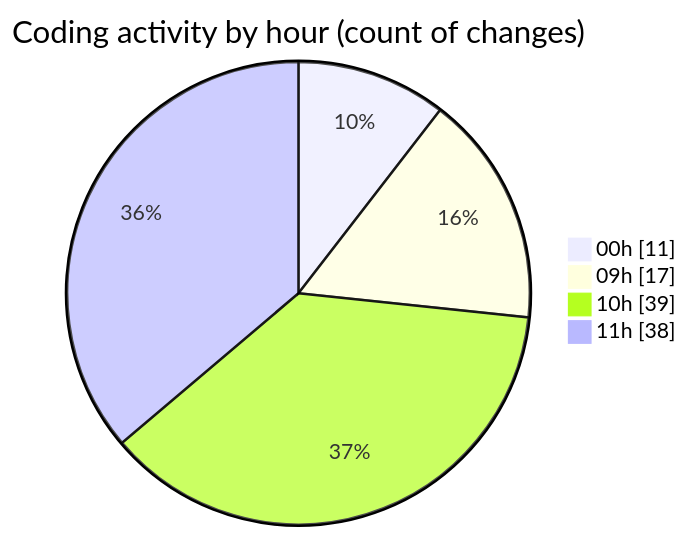
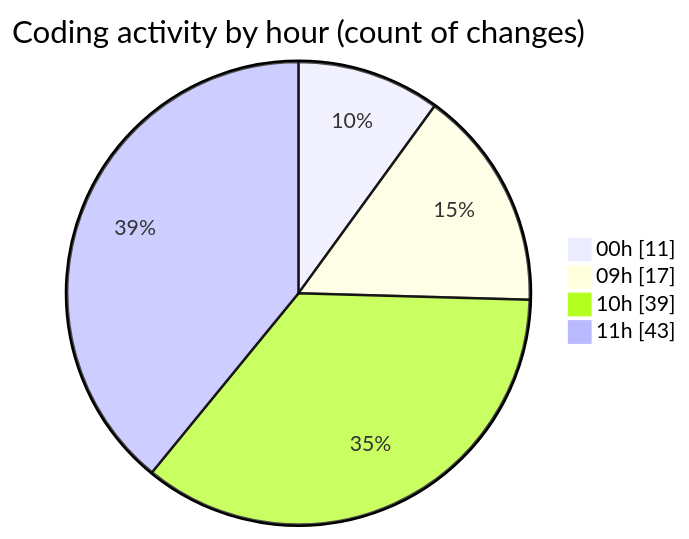
The second of 2 diagrams in 2026-09-02/cda/README.md (momahboobian/code-tracking), drawn with Mermaid before and after one commit. The commit also changed other lines of this file and 1 other file, not shown here.

````diff
--- a/2026-09-02/cda/README.md
+++ b/2026-09-02/cda/README.md
@@ -36,8 +36,8 @@
 ```mermaid
 pie showData
 title Coding activity by hour (count of changes)
 "00h" : 11
 "09h" : 17
 "10h" : 39
-"11h" : 38
+"11h" : 43
 ```
````
